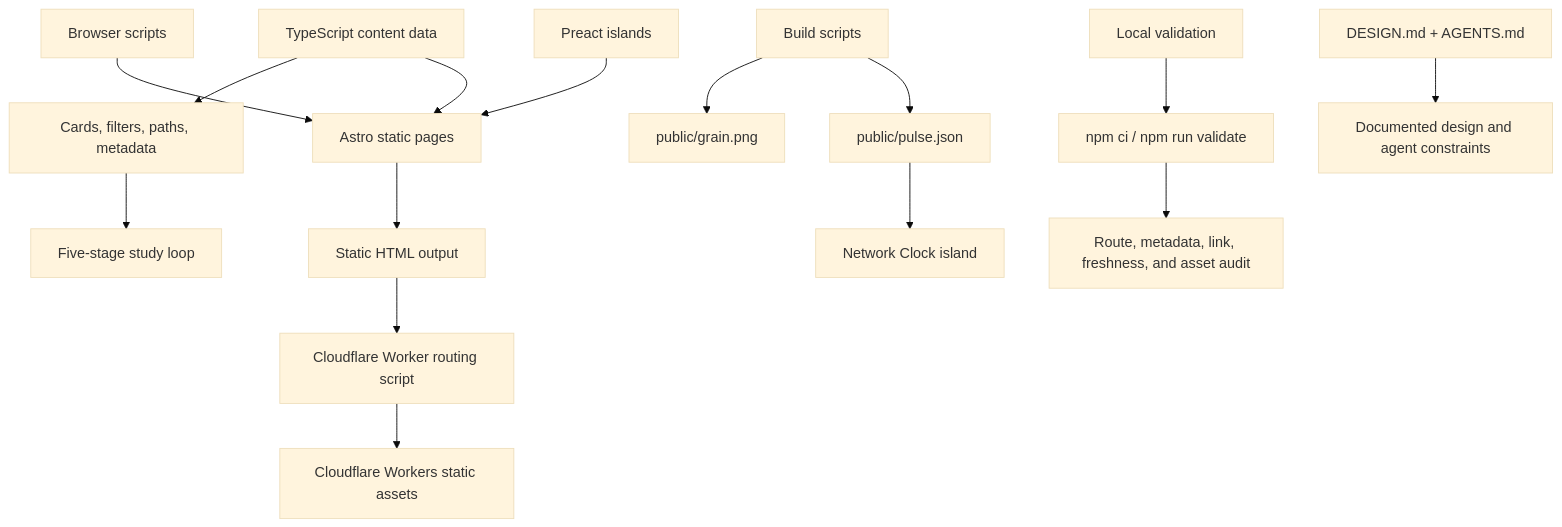
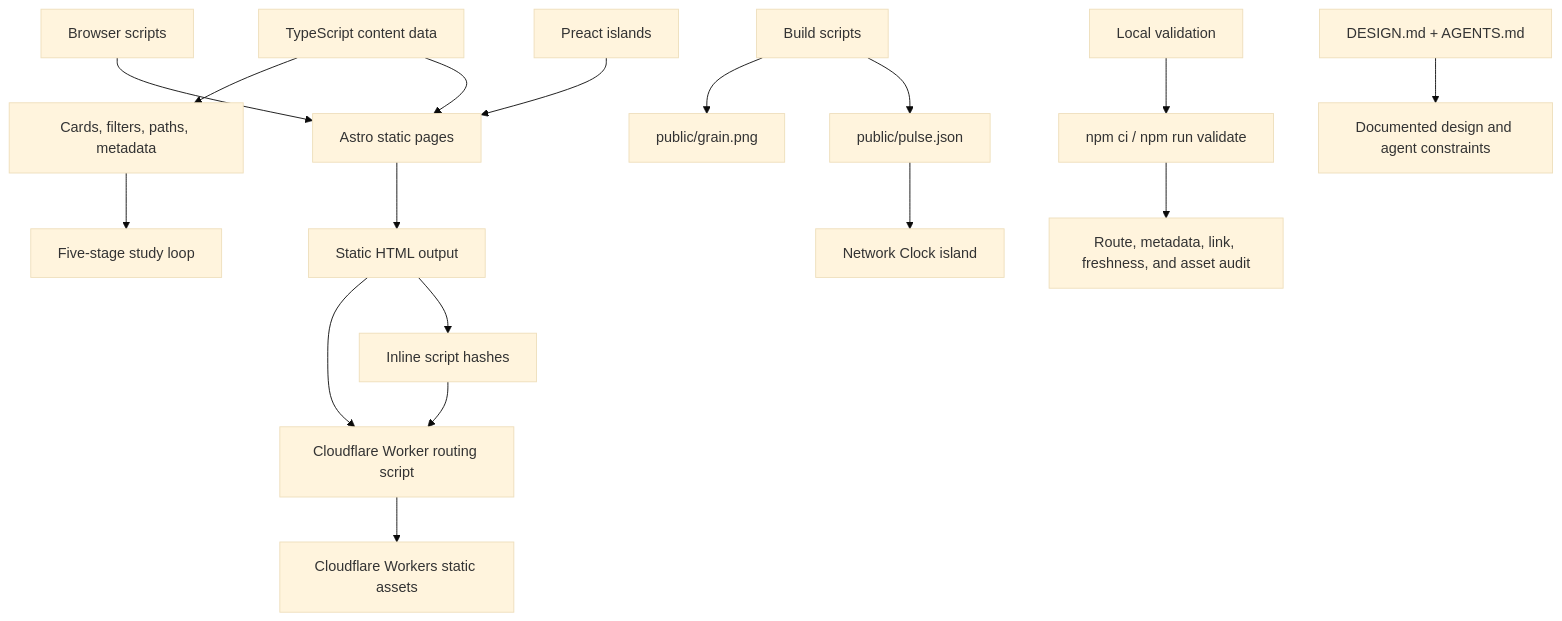
Before and after one commit to VeteranXYZ/BitcoinMind: the diagram in README.md, drawn with Mermaid (base theme). The commit also changed other lines of this file and 54 other files, not shown here.

````diff
--- a/README.md
+++ b/README.md
@@ -43,17 +43,19 @@
 ```mermaid
 flowchart TD
   A[TypeScript content data] --> B[Astro static pages]
   A --> C[Cards, filters, paths, metadata]
   C --> Q[Five-stage study loop]
   D[Build scripts] --> E[public/pulse.json]
   D --> F[public/grain.png]
   E --> G[Network Clock island]
   H[Preact islands] --> B
   I[Browser scripts] --> B
   B --> J[Static HTML output]
+  J --> S[Inline script hashes]
+  S --> K
   J --> K[Cloudflare Worker routing script]
   K --> L[Cloudflare Workers static assets]
   M[Local validation] --> N[npm ci / npm run validate]
   N --> R[Route, metadata, link, freshness, and asset audit]
   O[DESIGN.md + AGENTS.md] --> P[Documented design and agent constraints]
 ```
````
